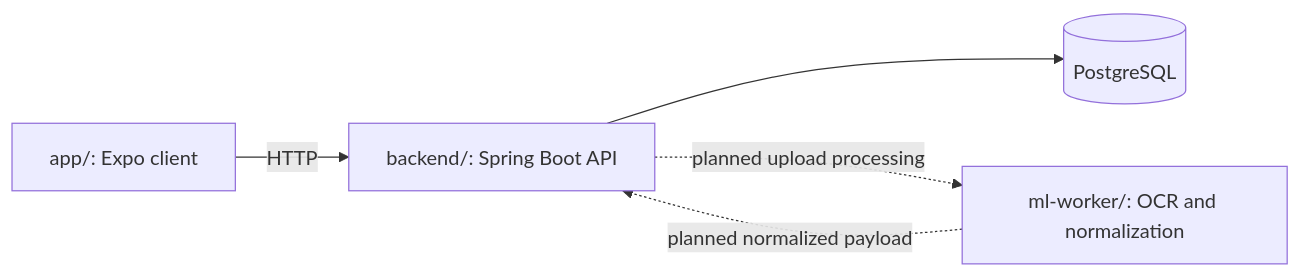
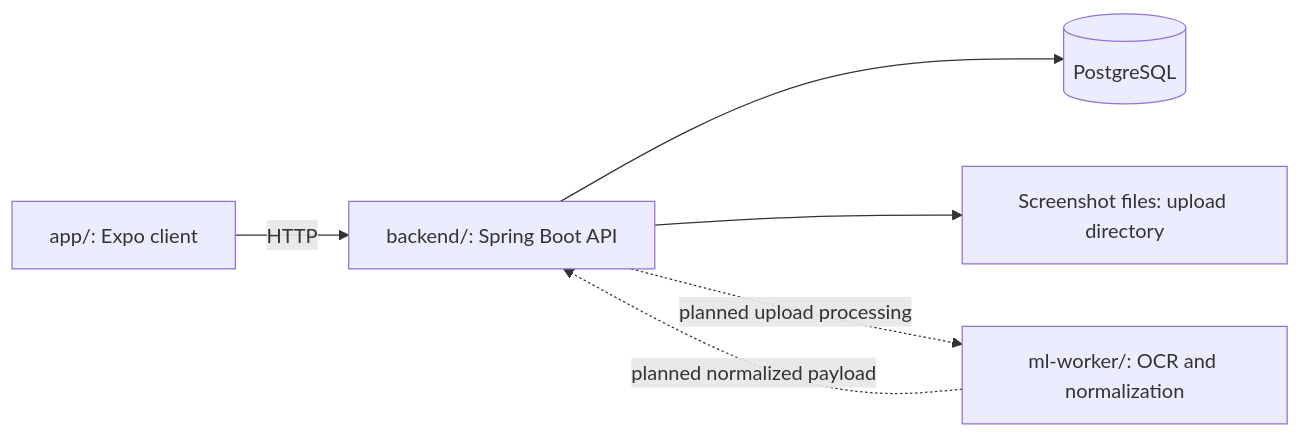
The diagram in README.md (adityamukesh/Sentri), drawn with Mermaid before and after one commit. The commit also changed other lines of this file, not shown here.

Commit message:
docs(repo): distinguish screenshot storage from upload metadata

````diff
--- a/README.md
+++ b/README.md
@@ -43,7 +43,8 @@
 ```mermaid
 flowchart LR
     app["app/: Expo client"] -->|HTTP| backend["backend/: Spring Boot API"]
     backend --> database[(PostgreSQL)]
+    backend --> files["Screenshot files: upload directory"]
     backend -. planned upload processing .-> worker["ml-worker/: OCR and normalization"]
     worker -. planned normalized payload .-> backend
 ```
````
